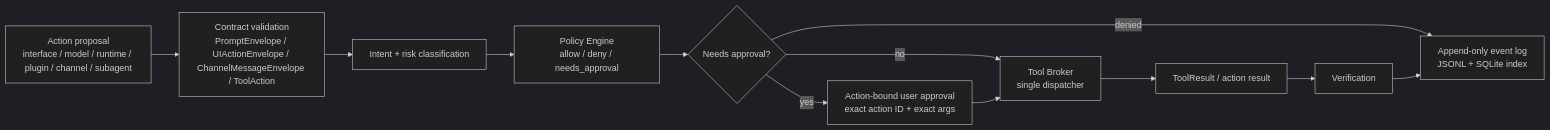
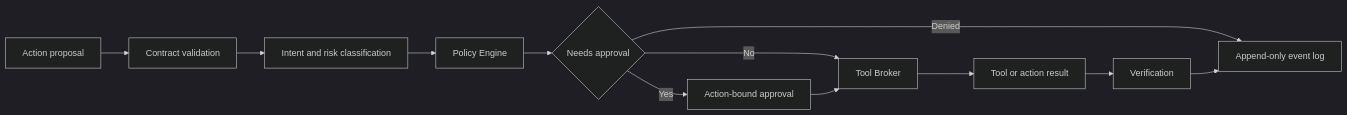
One commit to sharRahul/Raiker changed the third of 3 diagrams in docs/NESTED_BOUNDARIES_ARCHITECTURE.md. Above: the diagram before and after it, drawn with Mermaid (dark theme). The commit also changed other lines of this file, not shown here.

Commit message:
Fix Mermaid rendering in nested boundaries doc

````diff
--- a/docs/NESTED_BOUNDARIES_ARCHITECTURE.md
+++ b/docs/NESTED_BOUNDARIES_ARCHITECTURE.md
@@ -266,19 +270,25 @@
 ```mermaid
 flowchart LR
-  proposal[Action proposal\ninterface / model / runtime / plugin / channel / subagent]
-  validate[Contract validation\nPromptEnvelope / UIActionEnvelope / ChannelMessageEnvelope / ToolAction]
-  risk[Intent + risk classification]
-  policy[Policy Engine\nallow / deny / needs_approval]
-  approval{Needs approval?}
-  approve[Action-bound user approval\nexact action ID + exact args]
-  broker[Tool Broker\nsingle dispatcher]
-  result[ToolResult / action result]
-  verify[Verification]
-  audit[Append-only event log\nJSONL + SQLite index]
+  proposal["Action proposal"]
+  validate["Contract validation"]
+  risk["Intent and risk classification"]
+  policy["Policy Engine"]
+  approval{"Needs approval"}
+  approve["Action-bound approval"]
+  broker["Tool Broker"]
+  result["Tool or action result"]
+  verify["Verification"]
+  audit["Append-only event log"]
 
-  proposal --> validate --> risk --> policy --> approval
-  approval -- no --> broker
-  approval -- yes --> approve --> broker
-  approval -- denied --> audit
-  broker --> result --> verify --> audit
+  proposal --> validate
+  validate --> risk
+  risk --> policy
+  policy --> approval
+  approval -->|No| broker
+  approval -->|Yes| approve
+  approve --> broker
+  approval -->|Denied| audit
+  broker --> result
+  result --> verify
+  verify --> audit
 ```
````
